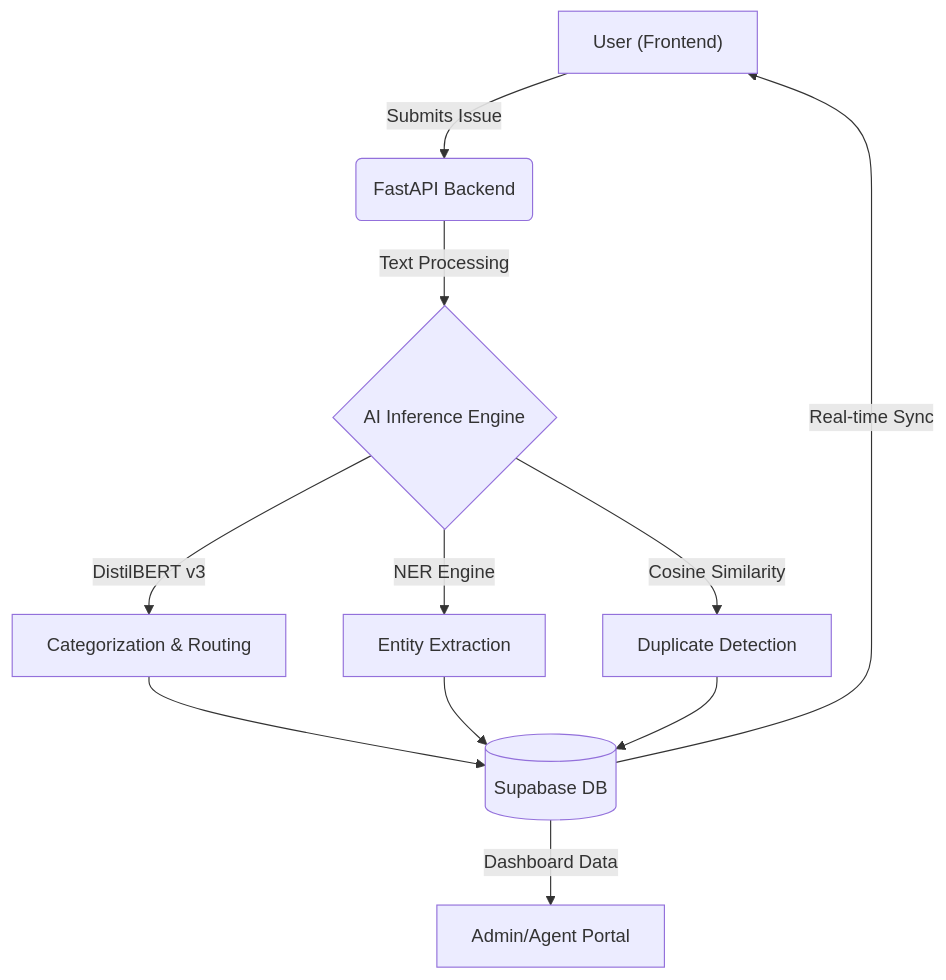
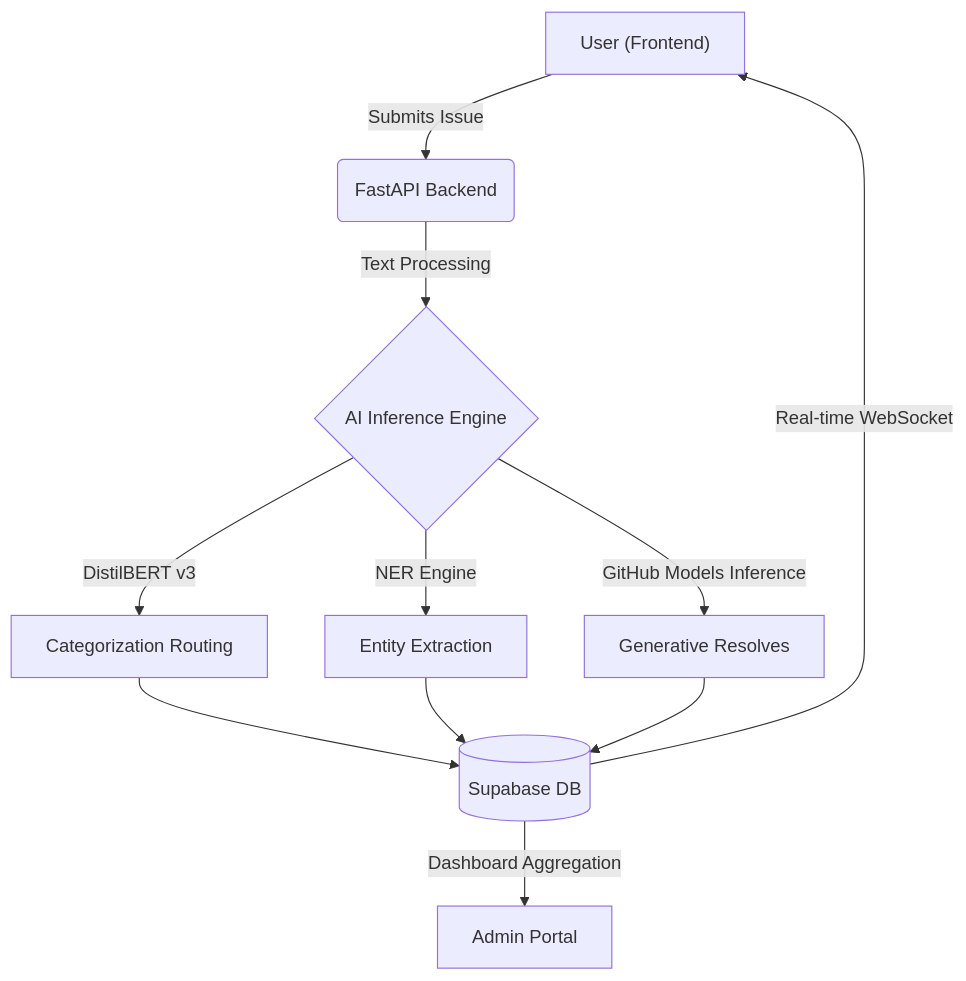
The diagram in README.md (Daksh7785/HELPDESK.AI), drawn with Mermaid before and after one commit. The commit also changed other lines of this file and 2 other files, not shown here.

````diff
--- a/README.md
+++ b/README.md
@@ -82,13 +79,13 @@
 ```mermaid
 graph TD
     A["User (Frontend)"] -->|"Submits Issue"| B("FastAPI Backend")
     B -->|"Text Processing"| C{"AI Inference Engine"}
-    C -->|"DistilBERT v3"| D["Categorization & Routing"]
+    C -->|"DistilBERT v3"| D["Categorization Routing"]
     C -->|"NER Engine"| E["Entity Extraction"]
-    C -->|"Cosine Similarity"| F["Duplicate Detection"]
+    C -->|"GitHub Models Inference"| F["Generative Resolves"]
     D --> G[("Supabase DB")]
     E --> G
     F --> G
-    G -->|"Real-time Sync"| A
-    G -->|"Dashboard Data"| H["Admin/Agent Portal"]
+    G -->|"Real-time WebSocket"| A
+    G -->|"Dashboard Aggregation"| H["Admin Portal"]
 ```
````
